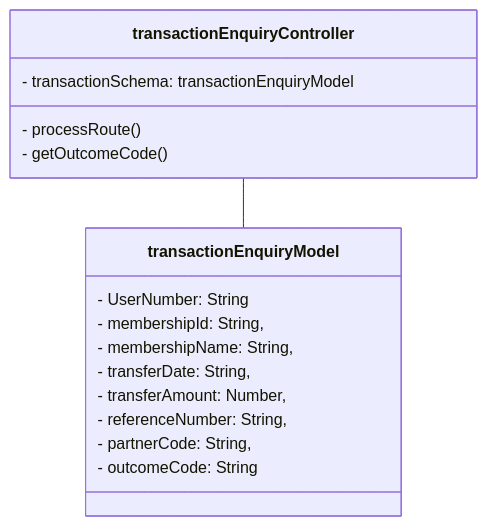
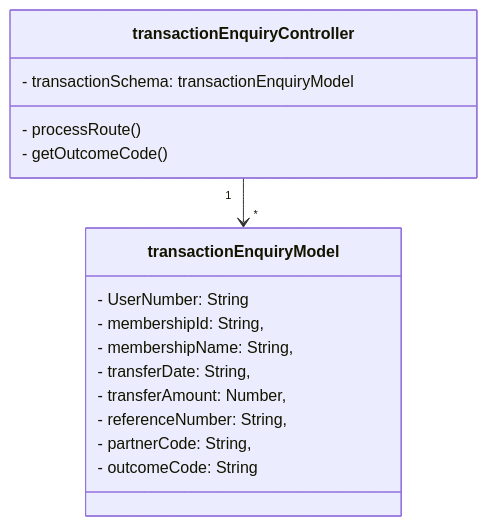
Before and after one commit to Sean2309/SoftwareConstructProject: the seventh of 9 diagrams in UML Class Diagrams/mvcClass.md, drawn with Mermaid. The commit also changed other lines of this file, not shown here.

Commit message:
fix: updated uml class diagrams for backend API

````diff
--- a/UML Class Diagrams/mvcClass.md
+++ b/UML Class Diagrams/mvcClass.md
@@ -159,23 +159,23 @@
 ```mermaid
 classDiagram
 class transactionEnquiryController
-transactionEnquiryController -- transactionEnquiryModel
+transactionEnquiryController "1" --> "*" transactionEnquiryModel
 
 
 class transactionEnquiryController{
     - transactionSchema: transactionEnquiryModel
     - processRoute()
     - getOutcomeCode()
 }
 
 class transactionEnquiryModel{
     - UserNumber: String
     - membershipId: String,
     - membershipName: String,
     - transferDate: String,
     - transferAmount: Number,
     - referenceNumber: String,
     - partnerCode: String,
     - outcomeCode: String
 }
 ```
````
